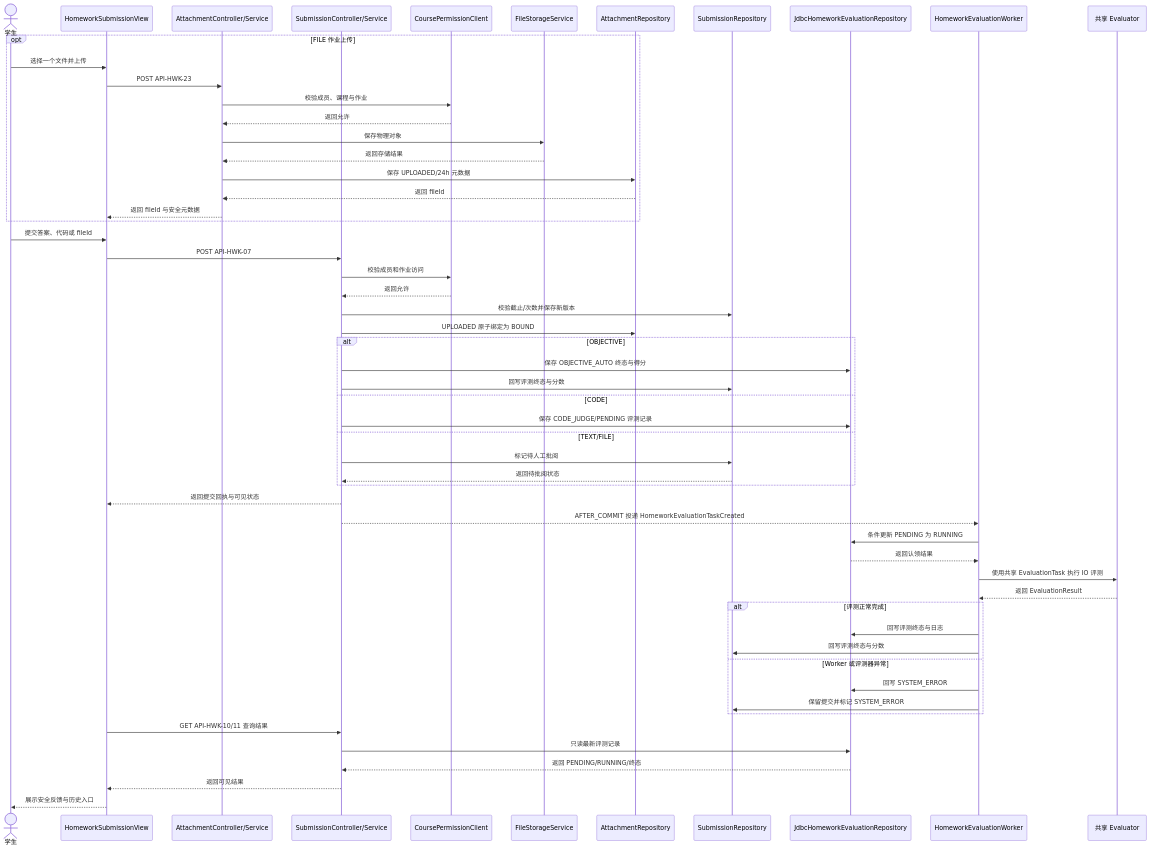
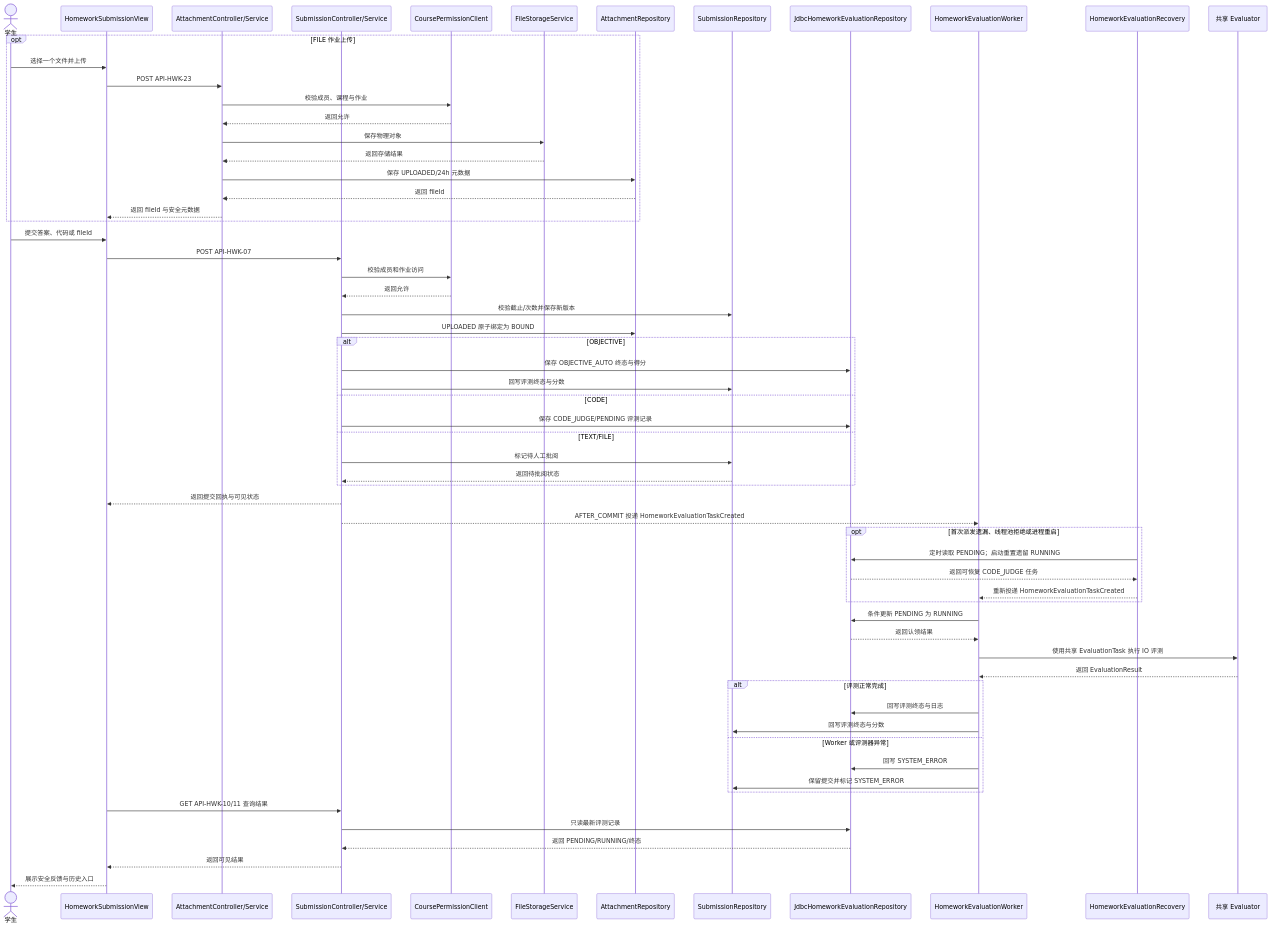
One commit to Cr4zyorange/OnlineJudge changed the diagram in docs/diagrams/dsd/fig_3_5_3b_hwk_submission_object.mmd. Above: the diagram before and after it, drawn with Mermaid. The commit also changed 10 other files, not shown here.

Commit message:
docs(hwk): document durable evaluation recovery

```diff
--- a/docs/diagrams/dsd/fig_3_5_3b_hwk_submission_object.mmd
+++ b/docs/diagrams/dsd/fig_3_5_3b_hwk_submission_object.mmd
@@ -1,56 +1,62 @@
 sequenceDiagram
   actor Student as 学生
   participant View as HomeworkSubmissionView
   participant Attachment as AttachmentController/Service
   participant Submission as SubmissionController/Service
   participant Permission as CoursePermissionClient
   participant Storage as FileStorageService
   participant AttachmentRepo as AttachmentRepository
   participant SubmissionRepo as SubmissionRepository
   participant EvaluationRepo as JdbcHomeworkEvaluationRepository
   participant Worker as HomeworkEvaluationWorker
+  participant Recovery as HomeworkEvaluationRecovery
   participant Evaluator as 共享 Evaluator
   opt FILE 作业上传
     Student->>View: 选择一个文件并上传
     View->>Attachment: POST API-HWK-23
     Attachment->>Permission: 校验成员、课程与作业
     Permission-->>Attachment: 返回允许
     Attachment->>Storage: 保存物理对象
     Storage-->>Attachment: 返回存储结果
     Attachment->>AttachmentRepo: 保存 UPLOADED/24h 元数据
     AttachmentRepo-->>Attachment: 返回 fileId
     Attachment-->>View: 返回 fileId 与安全元数据
   end
   Student->>View: 提交答案、代码或 fileId
   View->>Submission: POST API-HWK-07
   Submission->>Permission: 校验成员和作业访问
   Permission-->>Submission: 返回允许
   Submission->>SubmissionRepo: 校验截止/次数并保存新版本
   Submission->>AttachmentRepo: UPLOADED 原子绑定为 BOUND
   alt OBJECTIVE
     Submission->>EvaluationRepo: 保存 OBJECTIVE_AUTO 终态与得分
     Submission->>SubmissionRepo: 回写评测终态与分数
   else CODE
     Submission->>EvaluationRepo: 保存 CODE_JUDGE/PENDING 评测记录
   else TEXT/FILE
     Submission->>SubmissionRepo: 标记待人工批阅
     SubmissionRepo-->>Submission: 返回待批阅状态
   end
   Submission-->>View: 返回提交回执与可见状态
   Submission-->>Worker: AFTER_COMMIT 投递 HomeworkEvaluationTaskCreated
+  opt 首次派发遗漏、线程池拒绝或进程重启
+    Recovery->>EvaluationRepo: 定时读取 PENDING；启动重置遗留 RUNNING
+    EvaluationRepo-->>Recovery: 返回可恢复 CODE_JUDGE 任务
+    Recovery-->>Worker: 重新投递 HomeworkEvaluationTaskCreated
+  end
   Worker->>EvaluationRepo: 条件更新 PENDING 为 RUNNING
   EvaluationRepo-->>Worker: 返回认领结果
   Worker->>Evaluator: 使用共享 EvaluationTask 执行 IO 评测
   Evaluator-->>Worker: 返回 EvaluationResult
   alt 评测正常完成
     Worker->>EvaluationRepo: 回写评测终态与日志
     Worker->>SubmissionRepo: 回写评测终态与分数
   else Worker 或评测器异常
     Worker->>EvaluationRepo: 回写 SYSTEM_ERROR
     Worker->>SubmissionRepo: 保留提交并标记 SYSTEM_ERROR
   end
   View->>Submission: GET API-HWK-10/11 查询结果
   Submission->>EvaluationRepo: 只读最新评测记录
   EvaluationRepo-->>Submission: 返回 PENDING/RUNNING/终态
   Submission-->>View: 返回可见结果
   View-->>Student: 展示安全反馈与历史入口
```
